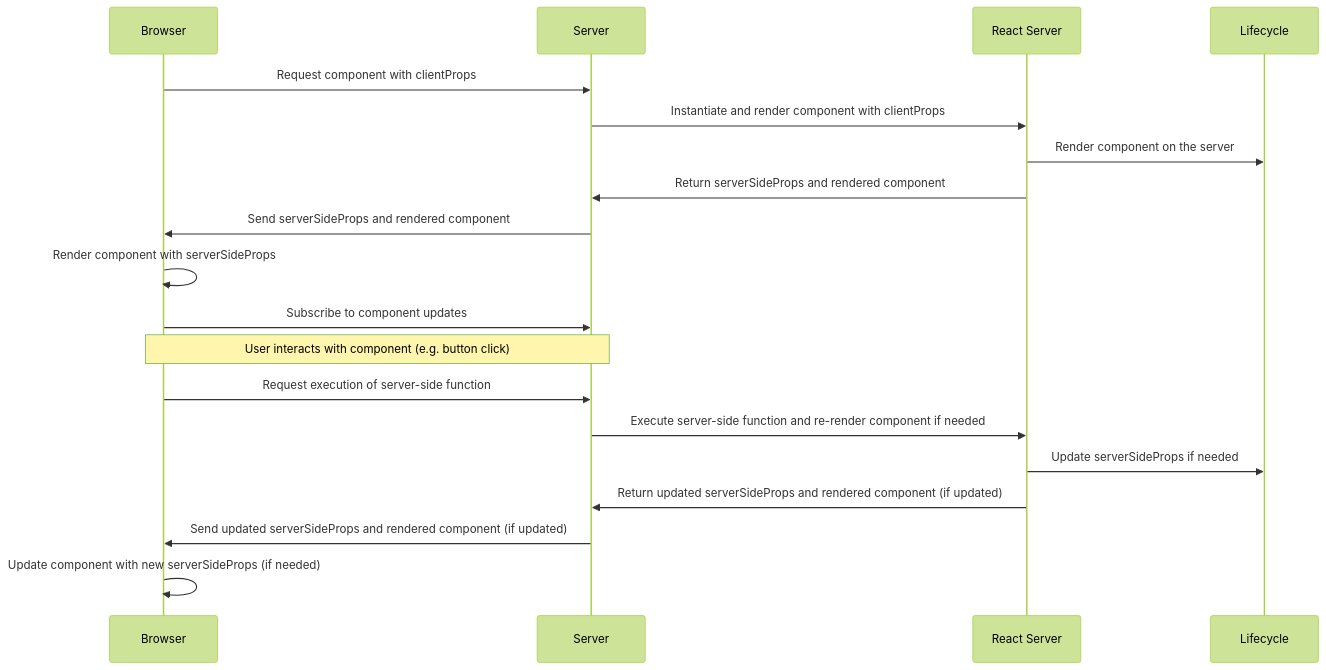
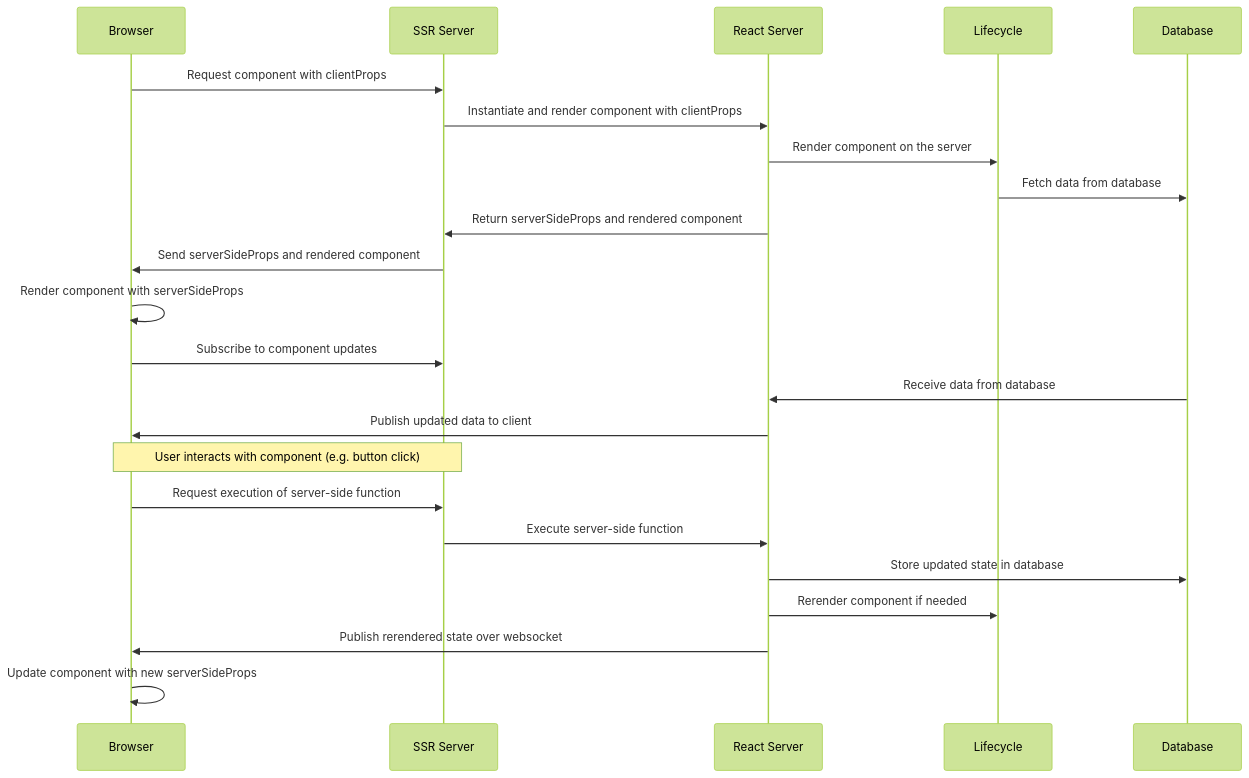
One commit to state-less/react-server-docs-md changed the diagram in src/pages/Components.md. Above: the diagram before and after it, drawn with Mermaid (forest theme).

Commit message:
fix: update lifecycle diagram

````diff
--- a/src/pages/Components.md
+++ b/src/pages/Components.md
@@ -23,24 +23,27 @@
 ```mermaid
 sequenceDiagram
 participant Browser as Browser
-participant Server as Server
+participant Server as SSR Server
 participant RSC as React Server
 participant SSP as Lifecycle
+participant DB as Database
 
 Browser->>Server: Request component with clientProps
 Server->>RSC: Instantiate and render component with clientProps
 RSC->>SSP: Render component on the server
+SSP->>DB: Fetch data from database
 RSC->>Server: Return serverSideProps and rendered component
 Server->>Browser: Send serverSideProps and rendered component
 Browser->>Browser: Render component with serverSideProps
 Browser->>Server: Subscribe to component updates
-
+DB->>RSC: Receive data from database
+RSC->>Browser: Publish updated data to client
 Note over Browser, Server: User interacts with component (e.g. button click)
 
 Browser->>Server: Request execution of server-side function
-Server->>RSC: Execute server-side function and re-render component if needed
-RSC->>SSP: Update serverSideProps if needed
-RSC->>Server: Return updated serverSideProps and rendered component (if updated)
-Server->>Browser: Send updated serverSideProps and rendered component (if updated)
-Browser->>Browser: Update component with new serverSideProps (if needed)
+Server->>RSC: Execute server-side function
+RSC->>DB: Store updated state in database
+RSC->>SSP: Rerender component if needed
+RSC->>Browser: Publish rerendered state over websocket
+Browser->>Browser: Update component with new serverSideProps
 ```         
````
